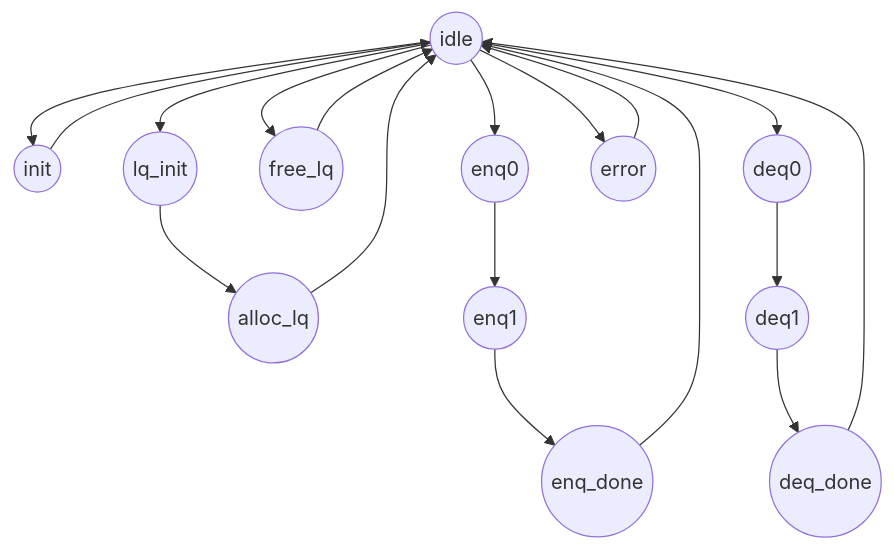
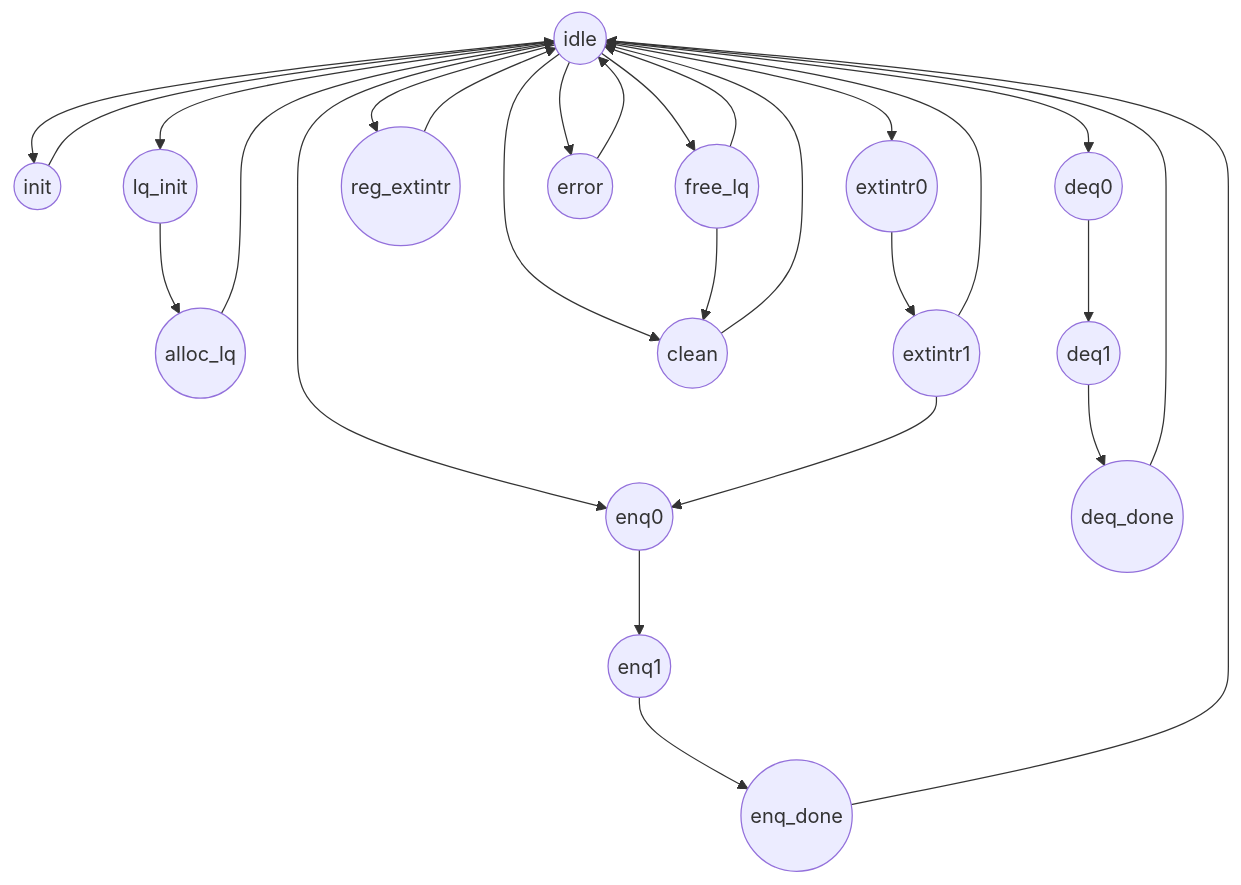
One commit to taic-repo/taic-rocket-chip changed the diagram in docs/hd_global_queue.md. Above: the diagram before and after it, drawn with Mermaid.

Commit message:
Update state about GlobalQueue.

````diff
--- a/docs/hd_global_queue.md
+++ b/docs/hd_global_queue.md
@@ -5,24 +5,33 @@
 ```mermaid
 graph TB
 0((idle))
 1((init))
 2((lq_init))
 3((alloc_lq))
 4((free_lq))
 5((enq0))
 6((enq1))
 7((enq_done))
 8((deq0))
 9((deq1))
 10((deq_done))
-11((error))
+11((clean))
+12((reg_extintr))
+13((extintr0))
+14((extintr1))
+15((error))
 
 0 --> 1
 1 --> 0
 0 --> 2 --> 3 --> 0
 0 --> 4 --> 0
 0 --> 5 --> 6 --> 7 --> 0
 0 --> 8 --> 9 --> 10 --> 0
+0 --> 15 --> 0
+0 --> 12 --> 0
 0 --> 11 --> 0
+4 --> 11
+0 --> 13 --> 14 --> 0
+14 --> 5
 
 ```
````
